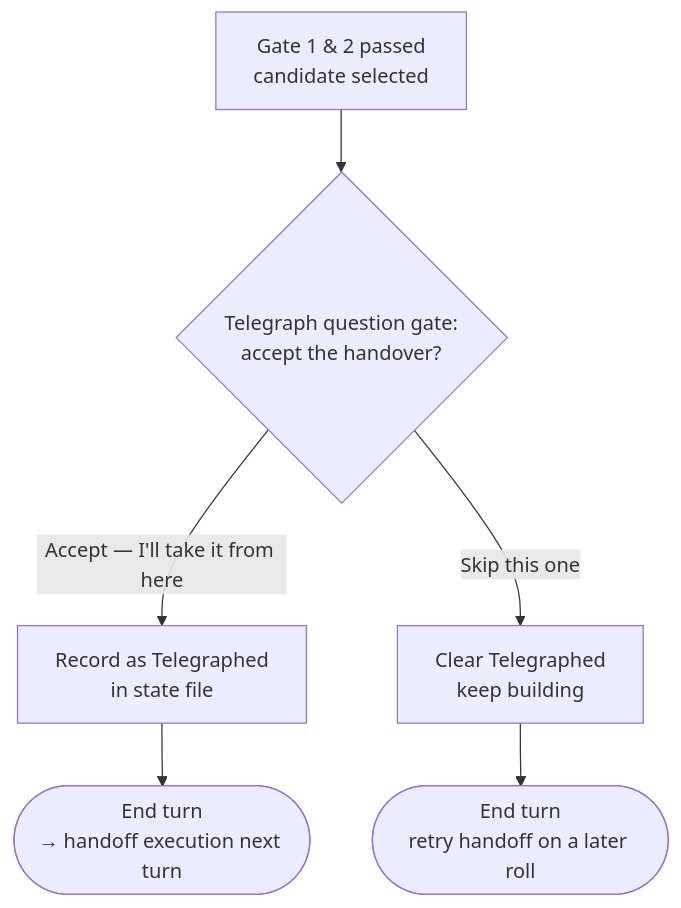
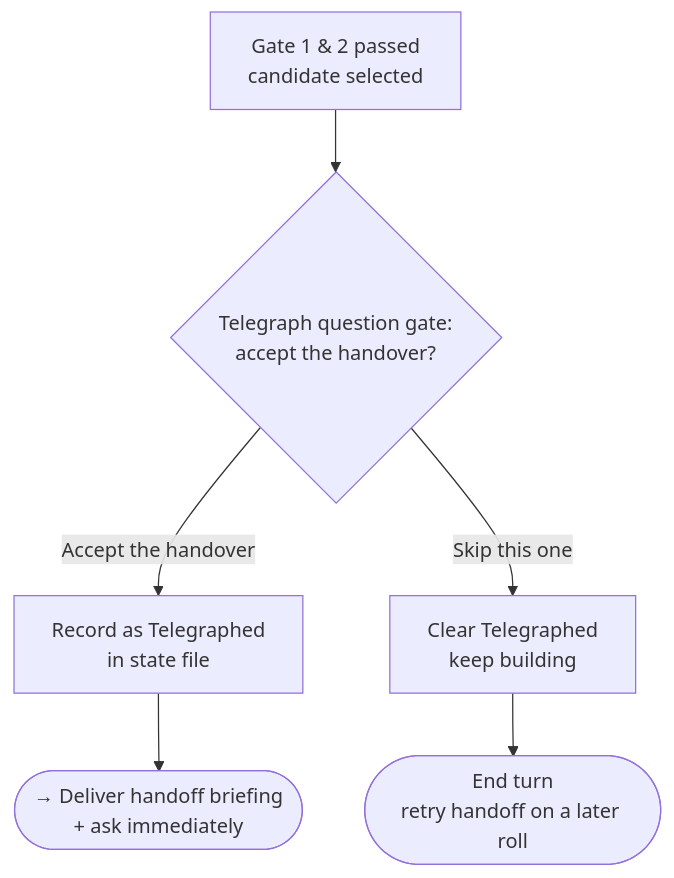
The fifth of 6 diagrams in skills/vibe-code-antidote/SKILL.md (MegaByteMark/skills-to-pay-the-ai-bills), drawn with Mermaid before and after one commit. The commit also changed other lines of this file, not shown here.

Commit message:
fix: stopped the random gap between telegraph and briefing

````diff
--- a/skills/vibe-code-antidote/SKILL.md
+++ b/skills/vibe-code-antidote/SKILL.md
@@ -155,8 +153,8 @@
 ```mermaid
 flowchart TD
     ENTER[Gate 1 & 2 passed<br>candidate selected] --> TELE{Telegraph question gate:<br>accept the handover?}
-    TELE -->|Accept — I'll take it from here| SET[Record as Telegraphed<br>in state file]
+    TELE -->|Accept the handover| SET[Record as Telegraphed<br>in state file]
     TELE -->|Skip this one| CLEAR[Clear Telegraphed<br>keep building]
-    SET --> NEXT([End turn<br>→ handoff execution next turn])
+    SET --> NEXT([→ Deliver handoff briefing<br>+ ask immediately])
     CLEAR --> RETRY([End turn<br>retry handoff on a later roll])
 ```
````
